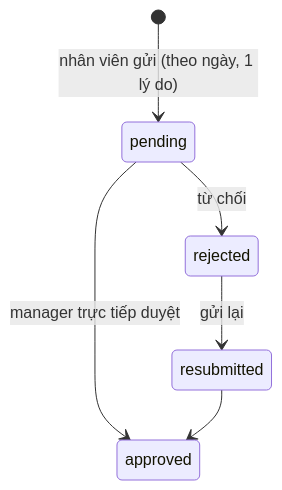
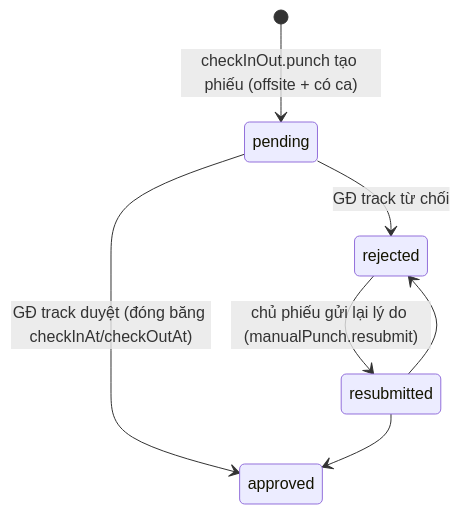
The second of 5 diagrams in docs/27-workflow-spec-p3.md (manhquydev/cmc_edu), drawn with Mermaid before and after one commit. The commit also changed other lines of this file and 48 other files, not shown here.

````diff
--- a/docs/27-workflow-spec-p3.md
+++ b/docs/27-workflow-spec-p3.md
@@ -40,8 +52,9 @@
 ```mermaid
 stateDiagram-v2
-    [*] --> pending: nhân viên gửi (theo ngày, 1 lý do)
-    pending --> approved: manager trực tiếp duyệt
-    pending --> rejected: từ chối
-    rejected --> resubmitted: gửi lại
+    [*] --> pending: checkInOut.punch tạo phiếu (offsite + có ca)
+    pending --> approved: GĐ track duyệt (đóng băng checkInAt/checkOutAt)
+    pending --> rejected: GĐ track từ chối
+    rejected --> resubmitted: chủ phiếu gửi lại lý do (manualPunch.resubmit)
     resubmitted --> approved
+    resubmitted --> rejected
 ```
````
